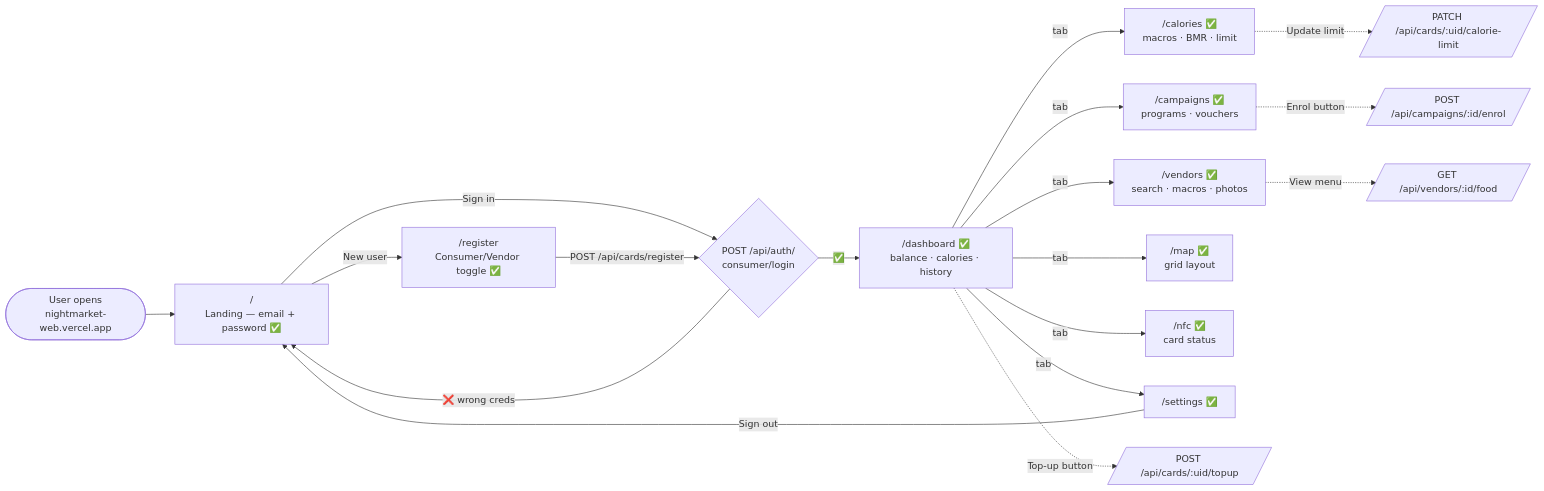
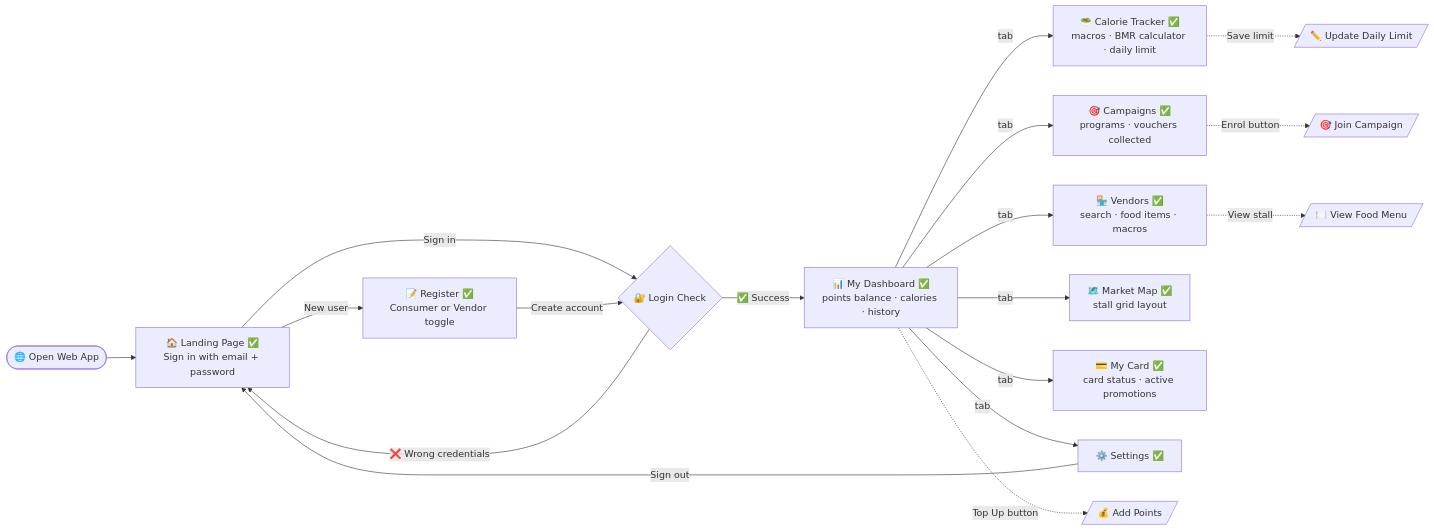
Before and after one commit to GILZ3103/claude_project: the third of 12 diagrams in MASTER_v2_refined.md, drawn with Mermaid. The commit also changed other lines of this file, not shown here.

````diff
--- a/MASTER_v2_refined.md
+++ b/MASTER_v2_refined.md
@@ -140,23 +136,23 @@
 ```mermaid
 flowchart LR
-    Start(["User opens\nnightmarket-web.vercel.app"])
-    Start --> Land["/\nLanding — email + password ✅"]
-    Land -->|New user| Reg["/register\nConsumer/Vendor toggle ✅"]
-    Land -->|Sign in| AuthCheck{"POST /api/auth/\nconsumer/login"}
-    Reg -->|POST /api/cards/register| AuthCheck
-    AuthCheck -->|❌ wrong creds| Land
-    AuthCheck -->|✅| Dash["/dashboard ✅\nbalance · calories · history"]
+    Start(["🌐 Open Web App"])
+    Start --> Land["🏠 Landing Page ✅\nSign in with email + password"]
+    Land -->|New user| Reg["📝 Register ✅\nConsumer or Vendor toggle"]
+    Land -->|Sign in| AuthCheck{"🔐 Login Check"}
+    Reg -->|Create account| AuthCheck
+    AuthCheck -->|❌ Wrong credentials| Land
+    AuthCheck -->|✅ Success| Dash["📊 My Dashboard ✅\npoints balance · calories · history"]
 
-    Dash -->|tab| Cal["/calories ✅\nmacros · BMR · limit"]
-    Dash -->|tab| Camp["/campaigns ✅\nprograms · vouchers"]
-    Dash -->|tab| Vend["/vendors ✅\nsearch · macros · photos"]
-    Dash -->|tab| Map["/map ✅\ngrid layout"]
-    Dash -->|tab| NFC["/nfc ✅\ncard status"]
-    Dash -->|tab| Set["/settings ✅"]
+    Dash -->|tab| Cal["🥗 Calorie Tracker ✅\nmacros · BMR calculator · daily limit"]
+    Dash -->|tab| Camp["🎯 Campaigns ✅\nprograms · vouchers collected"]
+    Dash -->|tab| Vend["🏪 Vendors ✅\nsearch · food items · macros"]
+    Dash -->|tab| Map["🗺️ Market Map ✅\nstall grid layout"]
+    Dash -->|tab| NFC["💳 My Card ✅\ncard status · active promotions"]
+    Dash -->|tab| Set["⚙️ Settings ✅"]
 
-    Dash -.->|"Top-up button"| Topup[/"POST /api/cards/:uid/topup"/]
-    Camp -.->|"Enrol button"| Enrol[/"POST /api/campaigns/:id/enrol"/]
-    Cal -.->|"Update limit"| Limit[/"PATCH /api/cards/:uid/calorie-limit"/]
-    Vend -.->|"View menu"| VFood[/"GET /api/vendors/:id/food"/]
+    Dash -.->|"Top Up button"| Topup[/"💰 Add Points"/]
+    Camp -.->|"Enrol button"| Enrol[/"🎯 Join Campaign"/]
+    Cal -.->|"Save limit"| Limit[/"✏️ Update Daily Limit"/]
+    Vend -.->|"View stall"| VFood[/"🍽️ View Food Menu"/]
     Set -->|Sign out| Land
 ```
````
